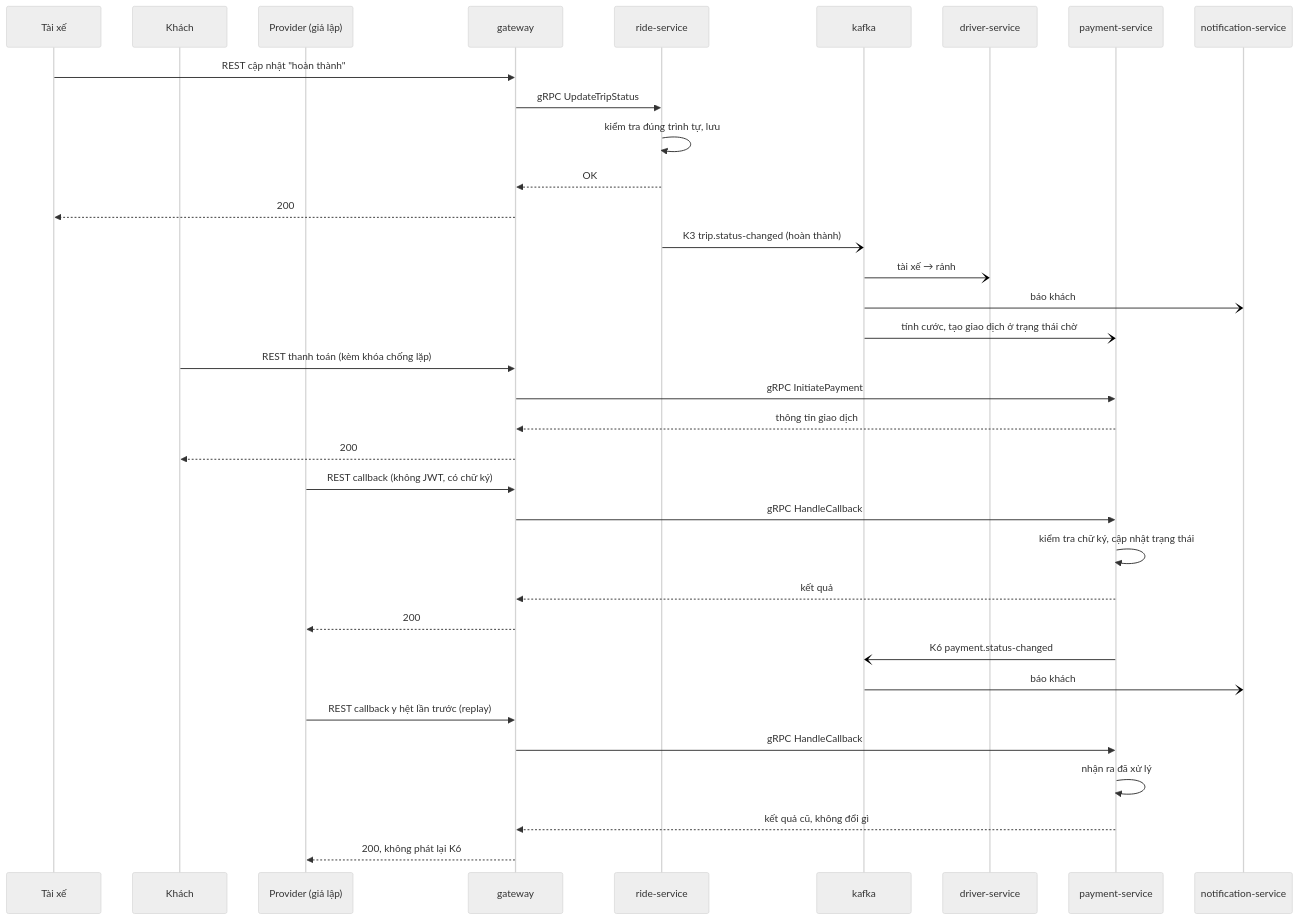
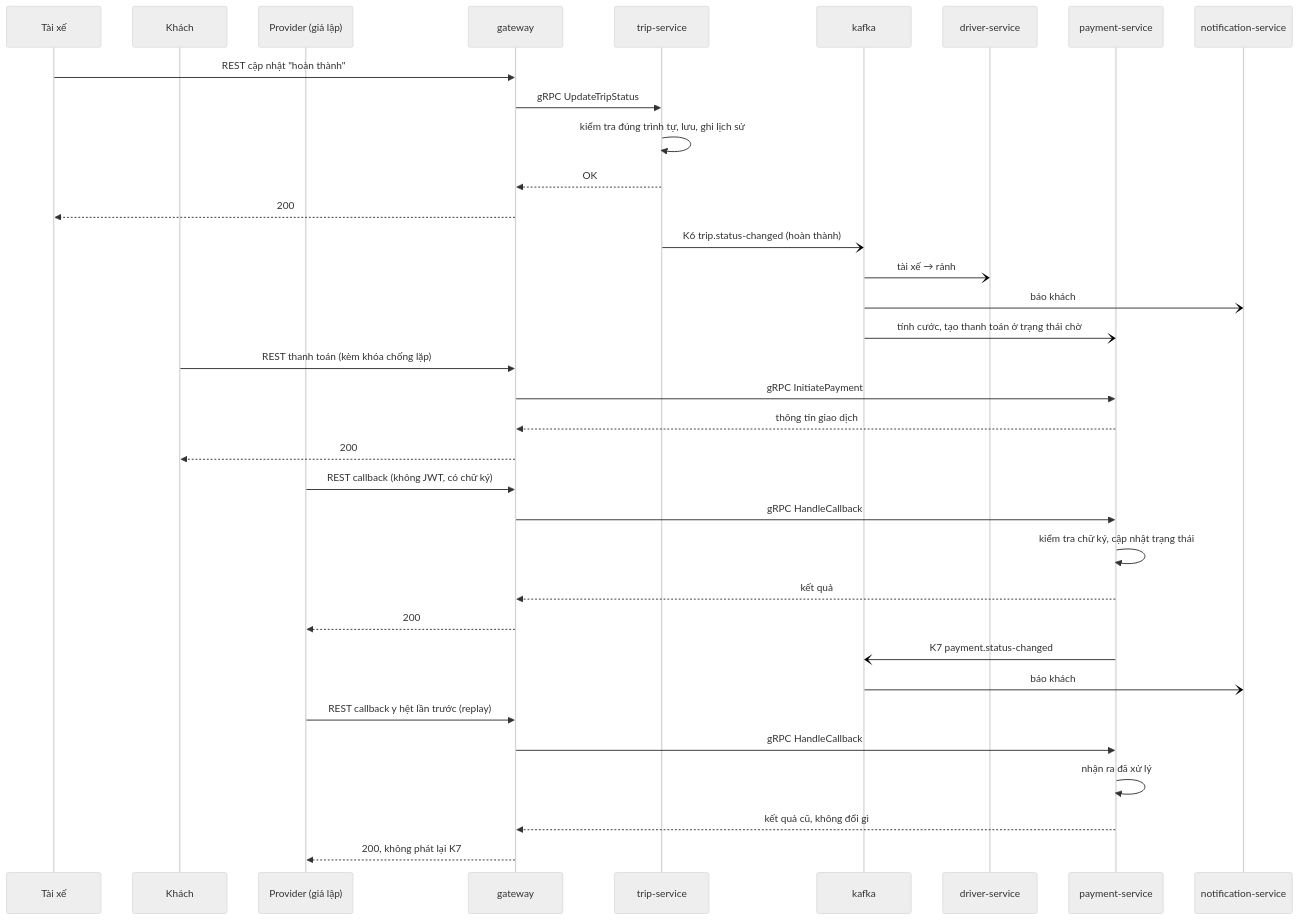
The fourth of 5 diagrams in docs/design/02-kien-truc-giao-tiep.md (nghuuduc21/23699411_NguyenHuuDuc_CabSystem), drawn with Mermaid (neutral theme) before and after one commit. The commit also changed other lines of this file and 10 other files, not shown here.

````diff
--- a/docs/design/02-kien-truc-giao-tiep.md
+++ b/docs/design/02-kien-truc-giao-tiep.md
@@ -367,38 +368,38 @@
 ```mermaid
 sequenceDiagram
   participant TX as Tài xế
   participant KH as Khách
   participant PP as Provider (giả lập)
   participant GW as gateway
-  participant R as ride-service
+  participant T as trip-service
   participant K as kafka
   participant DR as driver-service
   participant P as payment-service
   participant N as notification-service
 
   TX->>GW: REST cập nhật "hoàn thành"
-  GW->>R: gRPC UpdateTripStatus
-  R->>R: kiểm tra đúng trình tự, lưu
-  R-->>GW: OK
+  GW->>T: gRPC UpdateTripStatus
+  T->>T: kiểm tra đúng trình tự, lưu, ghi lịch sử
+  T-->>GW: OK
   GW-->>TX: 200
-  R-)K: K3 trip.status-changed (hoàn thành)
+  T-)K: K6 trip.status-changed (hoàn thành)
   K-)DR: tài xế → rảnh
   K-)N: báo khách
-  K-)P: tính cước, tạo giao dịch ở trạng thái chờ
+  K-)P: tính cước, tạo thanh toán ở trạng thái chờ
   KH->>GW: REST thanh toán (kèm khóa chống lặp)
   GW->>P: gRPC InitiatePayment
   P-->>GW: thông tin giao dịch
   GW-->>KH: 200
   PP->>GW: REST callback (không JWT, có chữ ký)
   GW->>P: gRPC HandleCallback
   P->>P: kiểm tra chữ ký, cập nhật trạng thái
   P-->>GW: kết quả
   GW-->>PP: 200
-  P-)K: K6 payment.status-changed
+  P-)K: K7 payment.status-changed
   K-)N: báo khách
   PP->>GW: REST callback y hệt lần trước (replay)
   GW->>P: gRPC HandleCallback
   P->>P: nhận ra đã xử lý
   P-->>GW: kết quả cũ, không đổi gì
-  GW-->>PP: 200, không phát lại K6
+  GW-->>PP: 200, không phát lại K7
 ```
````
